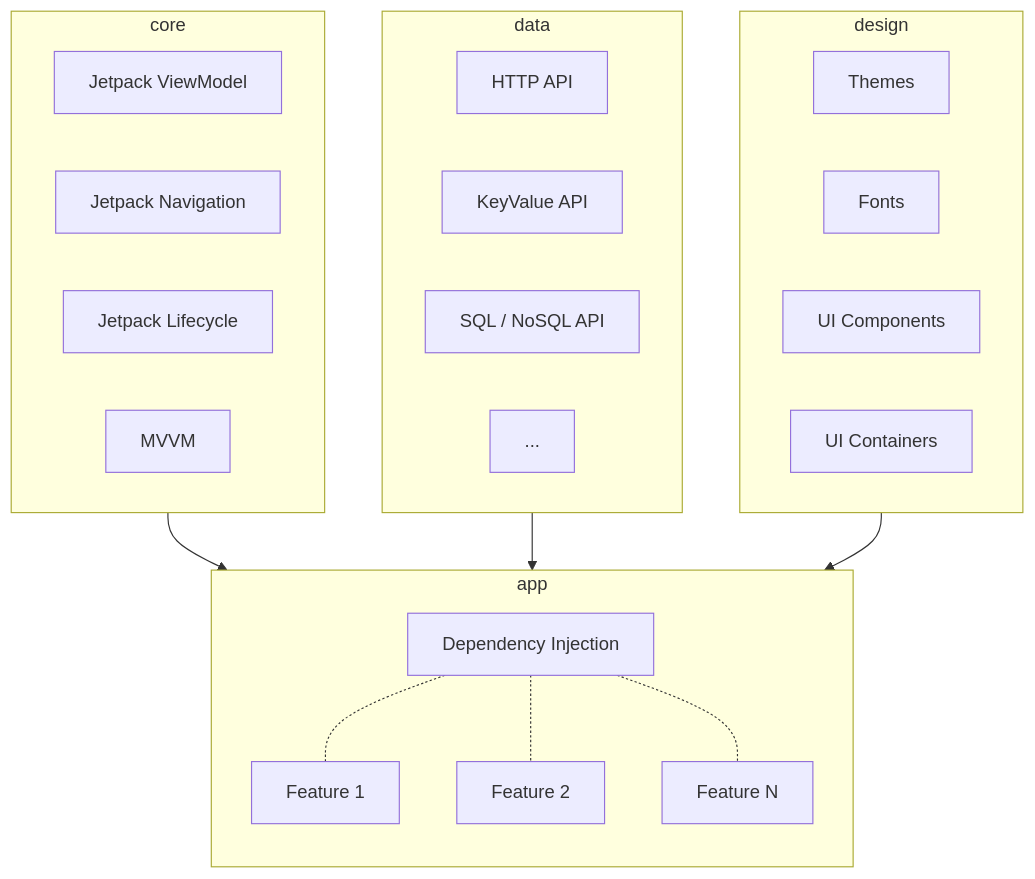
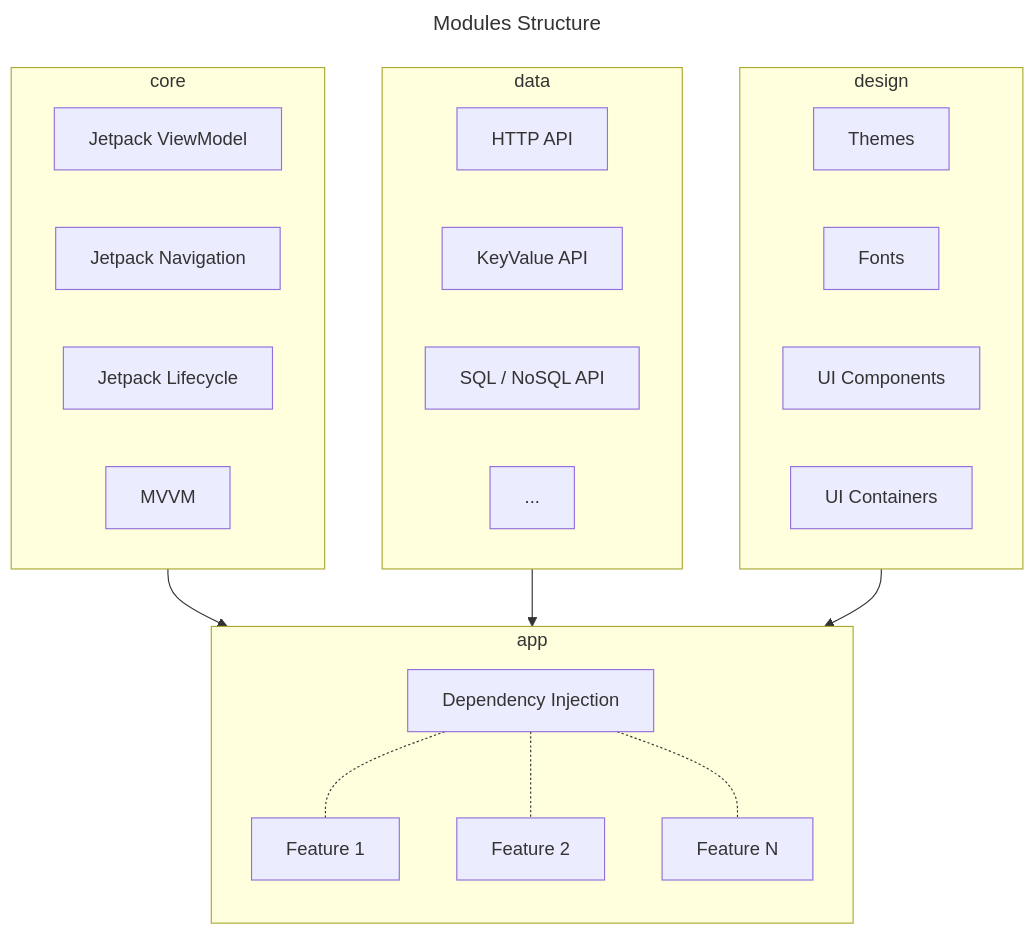
Before and after one commit to kotlitecture/template-multiplatform-compose: the diagram in README.md, drawn with Mermaid. The commit also changed 1 other file, not shown here.

Commit message:
fix (*) issues

````diff
--- a/README.md
+++ b/README.md
@@ -17,34 +17,37 @@
 ```mermaid
+---
+title: Modules Structure
+---
 flowchart TB
     subgraph core["core"]
         a1["Jetpack ViewModel"]
         a2["Jetpack Navigation"]
         a3["Jetpack Lifecycle"]
         a4["MVVM"]
     end
     subgraph data
         b1["HTTP API"]
         b2["KeyValue API"]
         b3["SQL / NoSQL API"]
         b4["..."]
     end
     subgraph design
         c1["Themes"]
         c2["Fonts"]
         c3["UI Components"]
         c4["UI Containers"]
     end
     subgraph app
         direction TB
         d2["Feature 1"]
         d3["Feature 2"]
         d4["Feature N"]
         d1["Dependency Injection"]
         d1 -.- d2
         d1 -.- d3
         d1 -.- d4
     end
     core --> app
     data --> app
     design --> app
 ```
````
